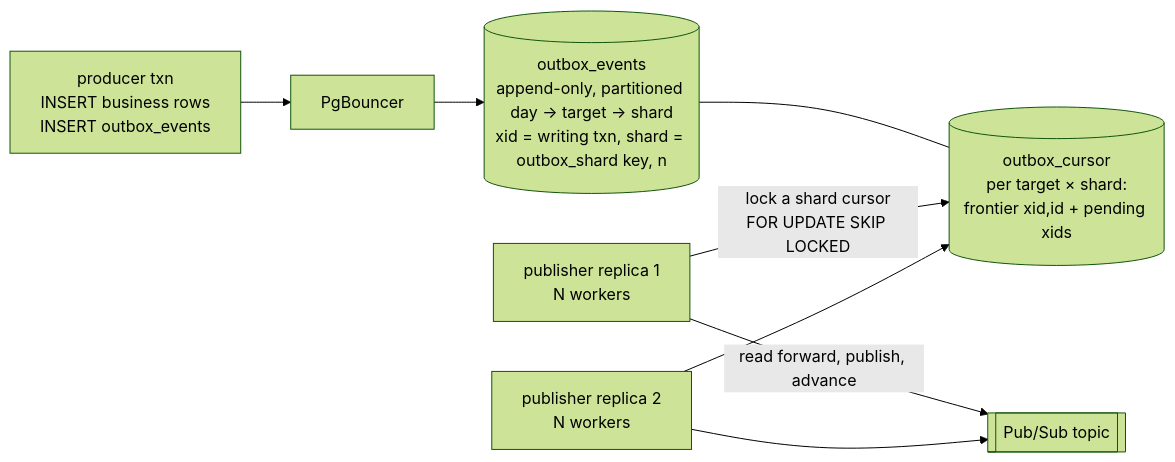
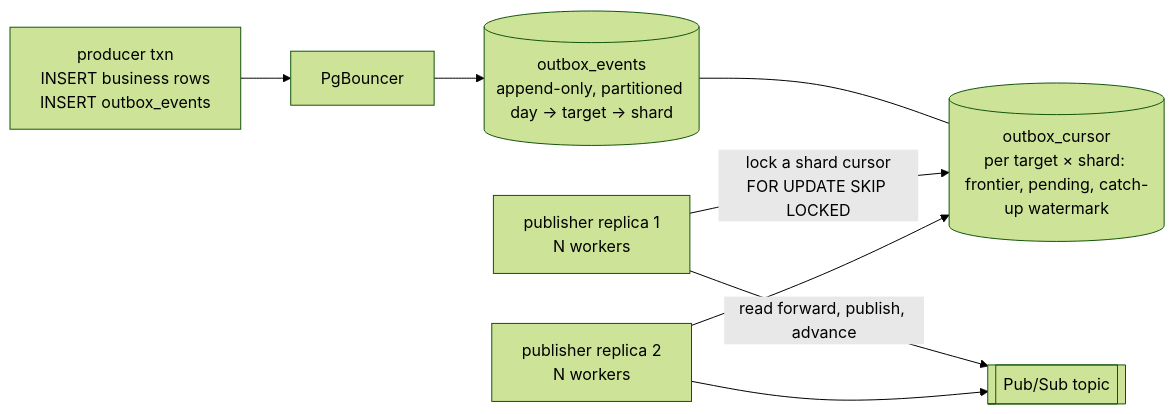
One commit to JoeSouthan/postgres-outbox-playground changed the first of 2 diagrams in docs/cursor.md. Above: the diagram before and after it, drawn with Mermaid (forest theme). The commit also changed other lines of this file and 7 other files, not shown here.

````diff
--- a/docs/cursor.md
+++ b/docs/cursor.md
@@ -17,10 +16,10 @@
 ```mermaid
 flowchart LR
   P[producer txn<br/>INSERT business rows<br/>INSERT outbox_events] --> B[PgBouncer]
-  B --> PG[(outbox_events<br/>append-only, partitioned day → target → shard<br/>xid = writing txn, shard = outbox_shard key, n)]
-  PG --- C[(outbox_cursor<br/>per target × shard:<br/>frontier xid,id + pending xids)]
+  B --> PG[(outbox_events<br/>append-only, partitioned day → target → shard)]
+  PG --- C[(outbox_cursor<br/>per target × shard: frontier, pending, catch-up watermark)]
   R1[publisher replica 1<br/>N workers] -->|lock a shard cursor<br/>FOR UPDATE SKIP LOCKED| C
   R2[publisher replica 2<br/>N workers] --> C
   R1 -->|read forward, publish, advance| PS[[Pub/Sub topic]]
   R2 --> PS
 ```
````
